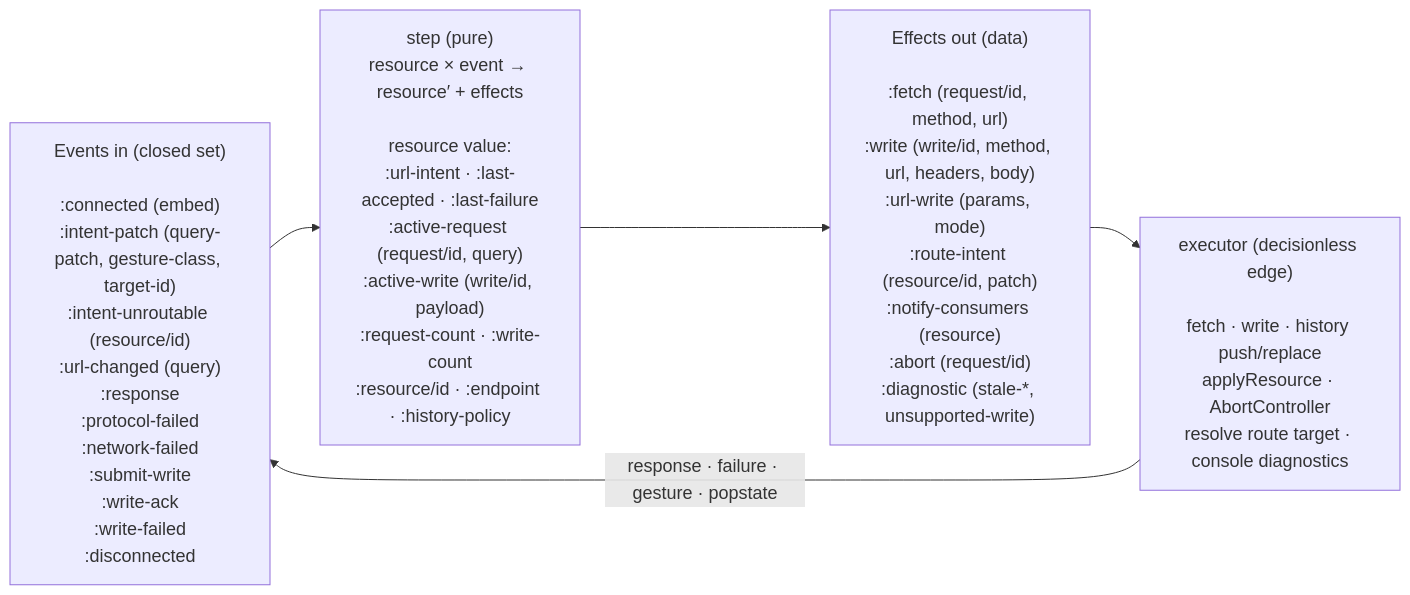
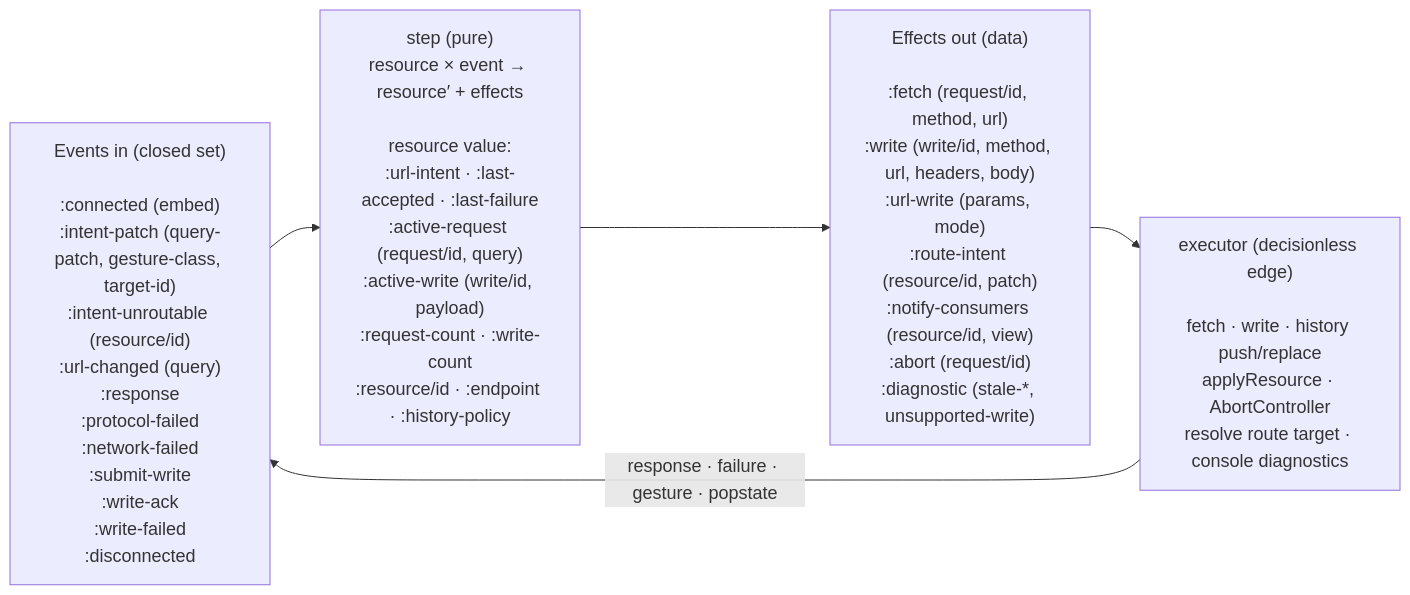
The second of 3 diagrams in barebuild/docs/architecture-diagram.md (avanelsas/baredom), drawn with Mermaid before and after one commit. The commit also changed 14 other files, not shown here.

````diff
--- a/barebuild/docs/architecture-diagram.md
+++ b/barebuild/docs/architecture-diagram.md
@@ -87,14 +87,14 @@
 ```mermaid
 %%{init: {'themeVariables': {'fontSize': '18px'}}}%%
 flowchart LR
   EVENTS["Events in (closed set)<br/><br/>:connected (embed)<br/>:intent-patch (query-patch, gesture-class, target-id)<br/>:intent-unroutable (resource/id)<br/>:url-changed (query)<br/>:response<br/>:protocol-failed<br/>:network-failed<br/>:submit-write<br/>:write-ack<br/>:write-failed<br/>:disconnected"]
 
   STEP["step (pure)<br/>resource × event → resource′ + effects<br/><br/>resource value:<br/>:url-intent · :last-accepted · :last-failure<br/>:active-request (request/id, query)<br/>:active-write (write/id, payload)<br/>:request-count · :write-count<br/>:resource/id · :endpoint · :history-policy"]
 
-  EFFECTS["Effects out (data)<br/><br/>:fetch (request/id, method, url)<br/>:write (write/id, method, url, headers, body)<br/>:url-write (params, mode)<br/>:route-intent (resource/id, patch)<br/>:notify-consumers (resource)<br/>:abort (request/id)<br/>:diagnostic (stale-*, unsupported-write)"]
+  EFFECTS["Effects out (data)<br/><br/>:fetch (request/id, method, url)<br/>:write (write/id, method, url, headers, body)<br/>:url-write (params, mode)<br/>:route-intent (resource/id, patch)<br/>:notify-consumers (resource/id, view)<br/>:abort (request/id)<br/>:diagnostic (stale-*, unsupported-write)"]
 
   EXEC["executor (decisionless edge)<br/><br/>fetch · write · history push/replace<br/>applyResource · AbortController<br/>resolve route target · console diagnostics"]
 
   EVENTS --> STEP --> EFFECTS --> EXEC
   EXEC -->|"response · failure · gesture · popstate"| EVENTS
 ```
````
